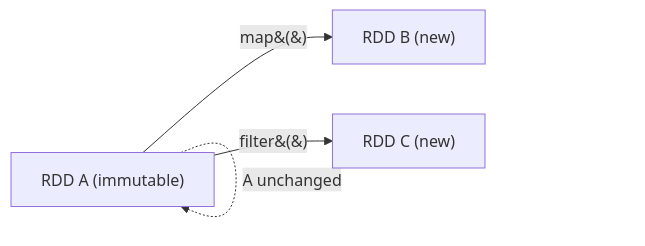
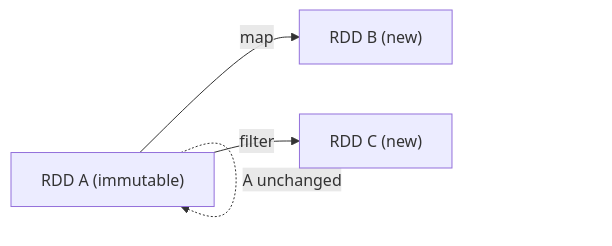
The second of 4 diagrams in bits-pilani/trimester-3/notes/big-data-platforms-and-analytics/week-05/09-module-summary-transcript.md (hsoni92/ml-workbook), drawn with Mermaid before and after one commit. The commit also changed 4 other files, not shown here.

````diff
--- a/bits-pilani/trimester-3/notes/big-data-platforms-and-analytics/week-05/09-module-summary-transcript.md
+++ b/bits-pilani/trimester-3/notes/big-data-platforms-and-analytics/week-05/09-module-summary-transcript.md
@@ -45,6 +45,6 @@
 ```mermaid
 flowchart LR
-    A["RDD A (immutable)"] -->|map&#40;&#41;| B["RDD B (new)"]
-    A -->|filter&#40;&#41;| C["RDD C (new)"]
+    A["RDD A (immutable)"] -->|map| B["RDD B (new)"]
+    A -->|filter| C["RDD C (new)"]
     A -.->|A unchanged| A
 ```
````
